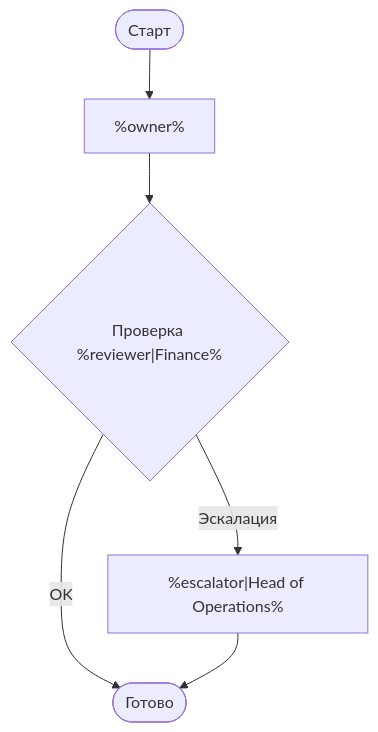
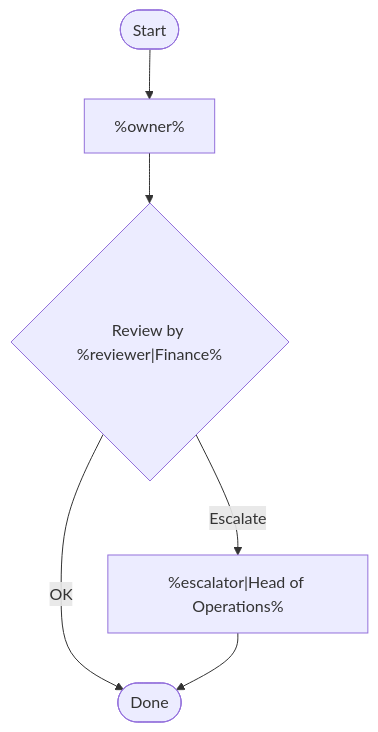
One commit to bnku/mdmm changed the first of 4 diagrams in examples/shared/customer-templates.md. Above: the diagram before and after it, drawn with Mermaid. The commit also changed other lines of this file and 20 other files, not shown here.

First line of the commit message:
refactor(core): rename whole-diagram to diagram terminology

````diff
--- a/examples/shared/customer-templates.md
+++ b/examples/shared/customer-templates.md
@@ -4,8 +4,8 @@
 ```mermaid
 flowchart TD
-start([Старт]) --> owner["%owner%"]
-owner --> review{"Проверка %reviewer|Finance%"}
-review -->|OK| done([Готово])
-review -->|Эскалация| escalator["%escalator|Head of Operations%"]
+start([Start]) --> owner["%owner%"]
+owner --> review{"Review by %reviewer|Finance%"}
+review -->|OK| done([Done])
+review -->|Escalate| escalator["%escalator|Head of Operations%"]
 escalator --> done
 ```
````
